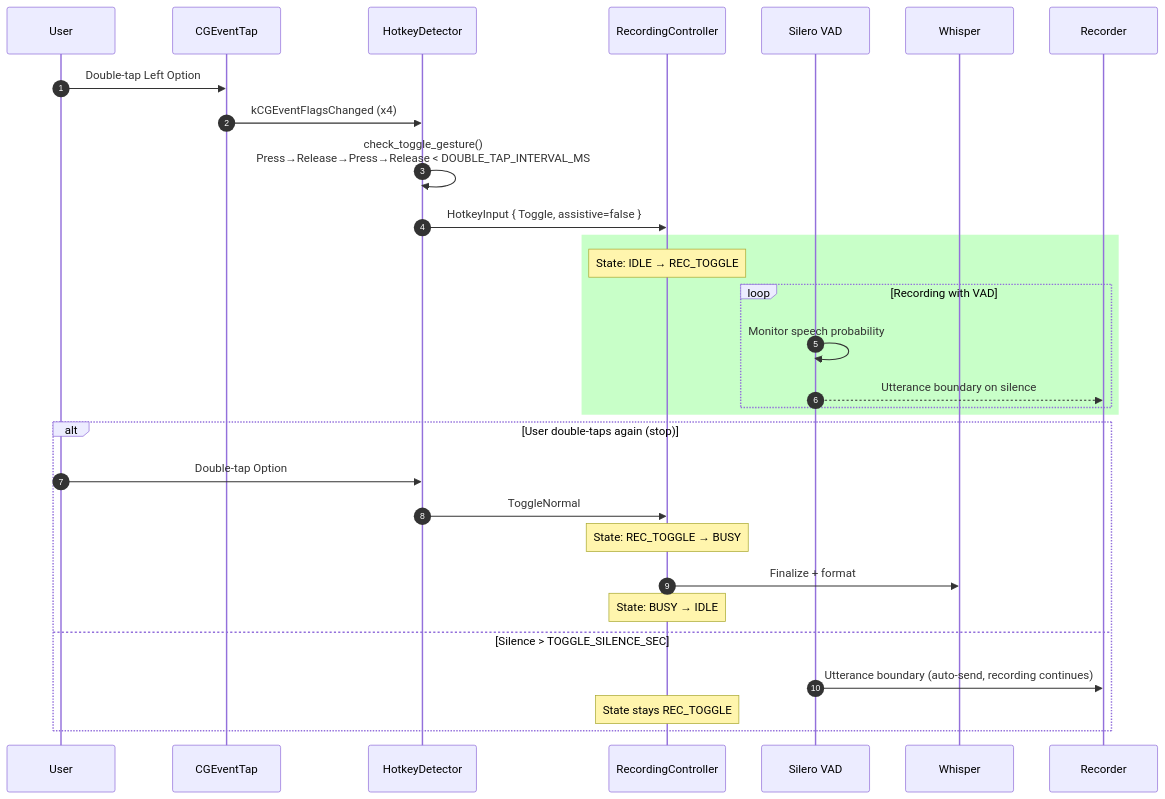
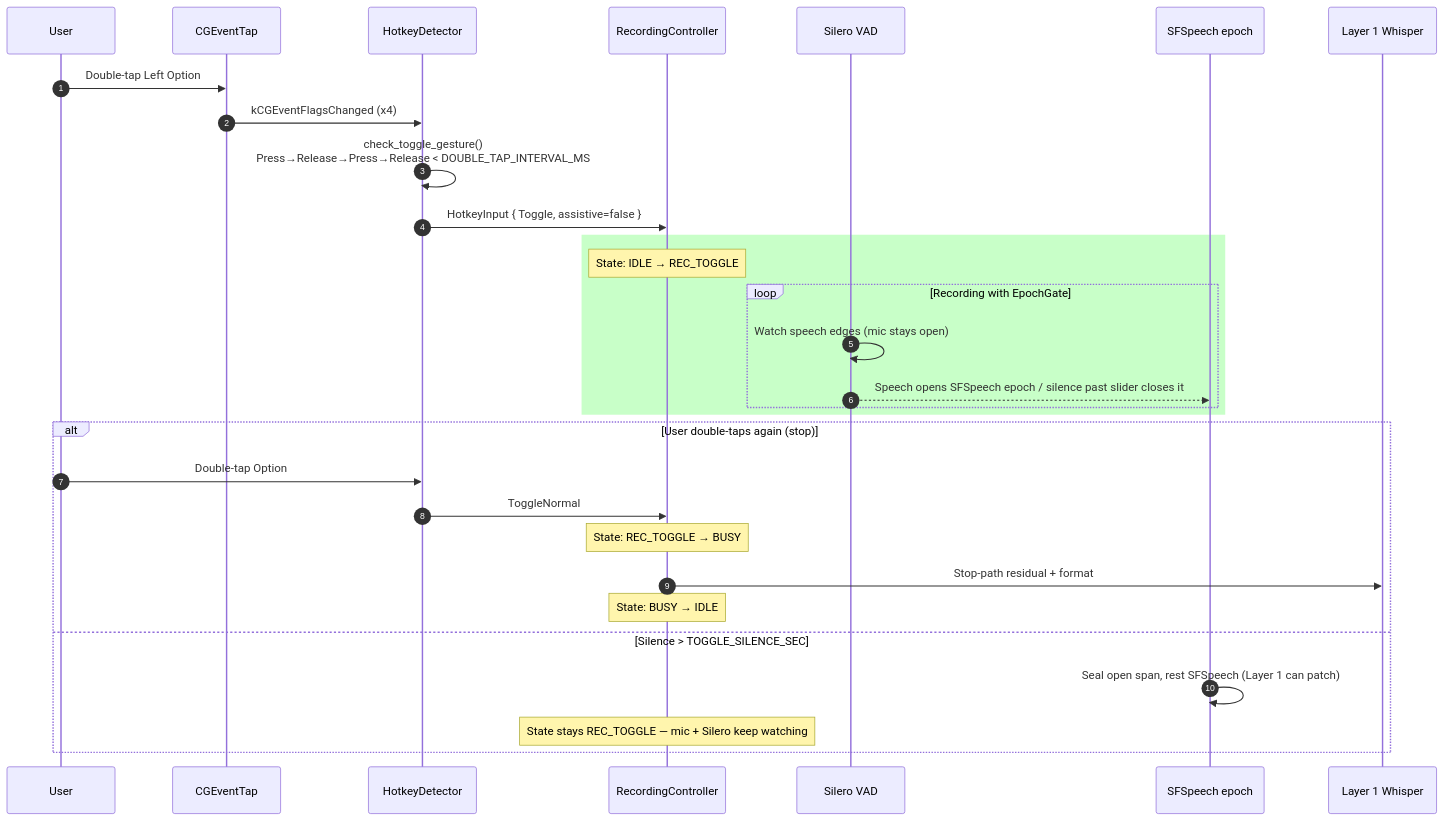
One commit to vetcoders/codescribe changed the fifth of 6 diagrams in docs/HOTKEYS_CONTRACT.md. Above: the diagram before and after it, drawn with Mermaid. The commit also changed other lines of this file and 13 other files, not shown here.

First line of the commit message:
[grok/vc-polarize] one truth: silence is Apple epoch, not Whisper-primary

````diff
--- a/docs/HOTKEYS_CONTRACT.md
+++ b/docs/HOTKEYS_CONTRACT.md
@@ -354,34 +356,35 @@
 ```mermaid
 sequenceDiagram
     autonumber
     participant User
     participant CGEventTap
     participant HotkeyDetector
     participant Controller as RecordingController
     participant VAD as Silero VAD
-    participant Whisper
+    participant Apple as SFSpeech epoch
+    participant Whisper as Layer 1 Whisper
 
     User->>CGEventTap: Double-tap Left Option
     CGEventTap->>HotkeyDetector: kCGEventFlagsChanged (x4)
     HotkeyDetector->>HotkeyDetector: check_toggle_gesture()<br/>Press→Release→Press→Release < DOUBLE_TAP_INTERVAL_MS
     HotkeyDetector->>Controller: HotkeyInput { Toggle, assistive=false }
 
     rect rgb(200, 255, 200)
         Note over Controller: State: IDLE → REC_TOGGLE
-        loop Recording with VAD
-            VAD->>VAD: Monitor speech probability
-            VAD-->>Recorder: Utterance boundary on silence
+        loop Recording with EpochGate
+            VAD->>VAD: Watch speech edges (mic stays open)
+            VAD-->>Apple: Speech opens SFSpeech epoch / silence past slider closes it
         end
     end
 
     alt User double-taps again (stop)
         User->>HotkeyDetector: Double-tap Option
         HotkeyDetector->>Controller: ToggleNormal
         Note over Controller: State: REC_TOGGLE → BUSY
-        Controller->>Whisper: Finalize + format
+        Controller->>Whisper: Stop-path residual + format
         Note over Controller: State: BUSY → IDLE
     else Silence > TOGGLE_SILENCE_SEC
-        VAD->>Recorder: Utterance boundary (auto-send, recording continues)
-        Note over Controller: State stays REC_TOGGLE
+        Apple->>Apple: Seal open span, rest SFSpeech (Layer 1 can patch)
+        Note over Controller: State stays REC_TOGGLE — mic + Silero keep watching
     end
 ```
````
